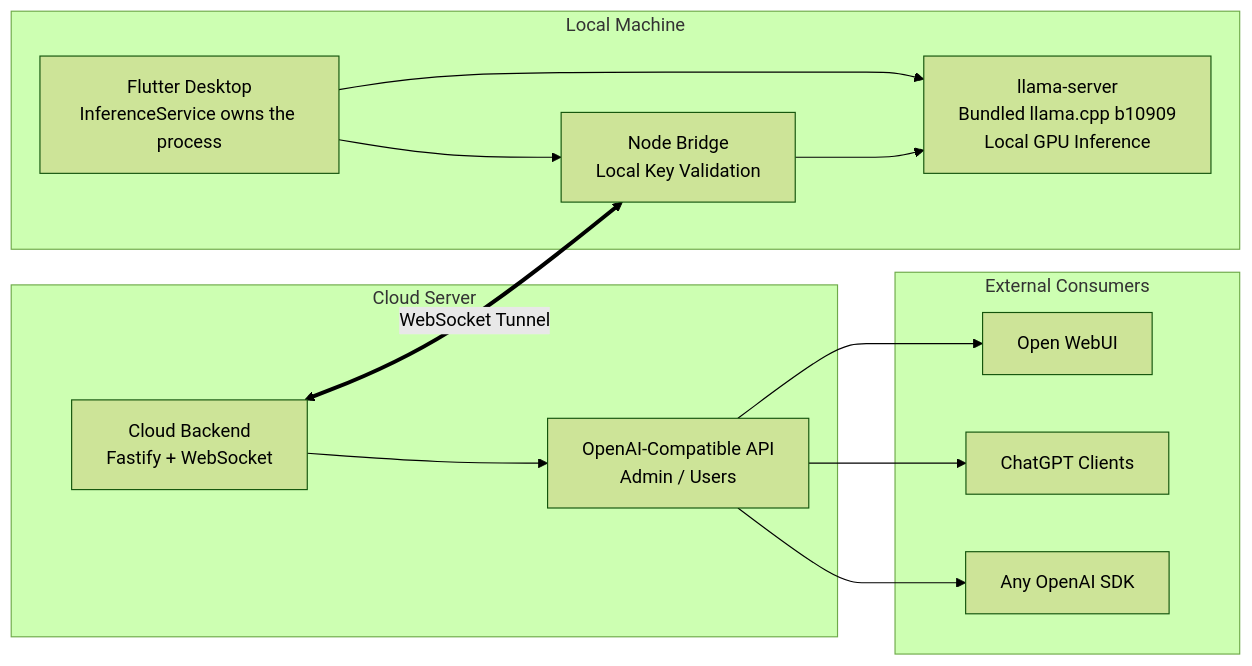
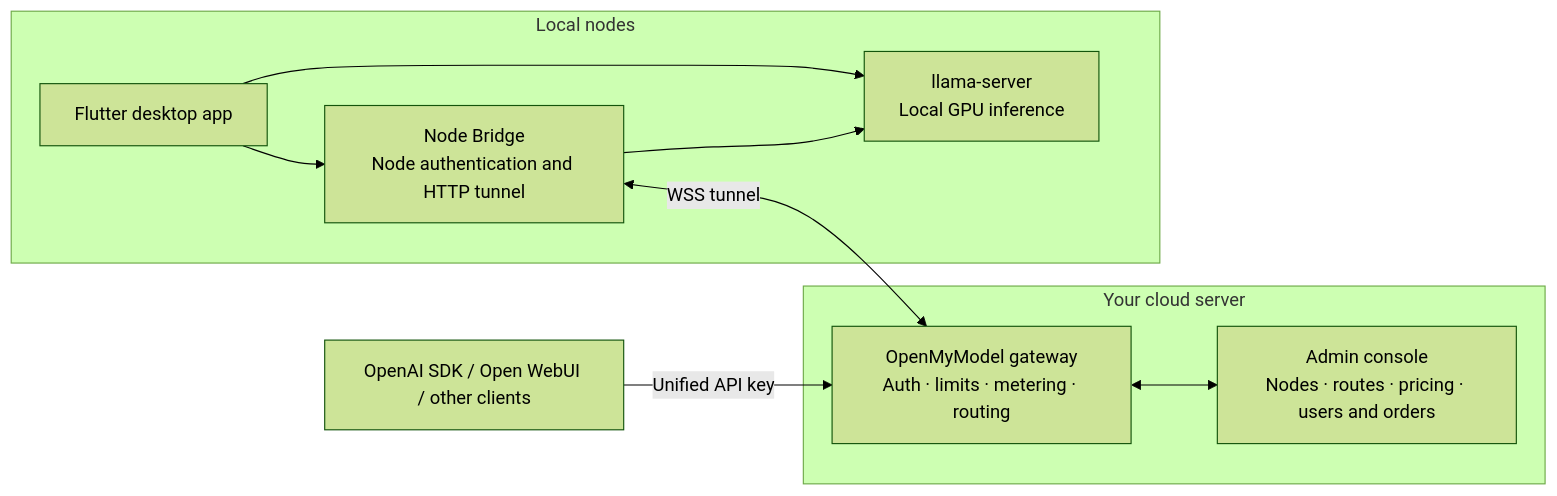
One commit to tianxingstarsky/OpenMyModel changed the diagram in README_EN.md. Above: the diagram before and after it, drawn with Mermaid (forest theme). The commit also changed other lines of this file and 10 other files, not shown here.

````diff
--- a/README_EN.md
+++ b/README_EN.md
@@ -25,20 +32,15 @@
 ```mermaid
 flowchart LR
-    subgraph Local Machine
-        A[Flutter Desktop<br/>InferenceService owns the process] --> C[llama-server<br/>Bundled llama.cpp b10909<br/>Local GPU Inference]
-        A --> N[Node Bridge<br/>Local Key Validation]
-        N --> C
+    subgraph Local["Local nodes"]
+        UI["Flutter desktop app"] --> Engine["llama-server<br/>Local GPU inference"]
+        UI --> Bridge["Node Bridge<br/>Node authentication and HTTP tunnel"]
+        Bridge --> Engine
     end
-
-    subgraph Cloud Server
-        D[Cloud Backend<br/>Fastify + WebSocket] --> E[OpenAI-Compatible API<br/>Admin / Users]
+    subgraph Cloud["Your cloud server"]
+        Gateway["OpenMyModel gateway<br/>Auth · limits · metering · routing"]
+        Admin["Admin console<br/>Nodes · routes · pricing · users and orders"]
+        Gateway <--> Admin
     end
-
-    subgraph External Consumers
-        E --> F[Open WebUI]
-        E --> G[ChatGPT Clients]
-        E --> H[Any OpenAI SDK]
-    end
-
-    D <== WebSocket Tunnel ==> N
+    Clients["OpenAI SDK / Open WebUI / other clients"] -->|"Unified API key"| Gateway
+    Bridge <-->|"WSS tunnel"| Gateway
 ```
````
